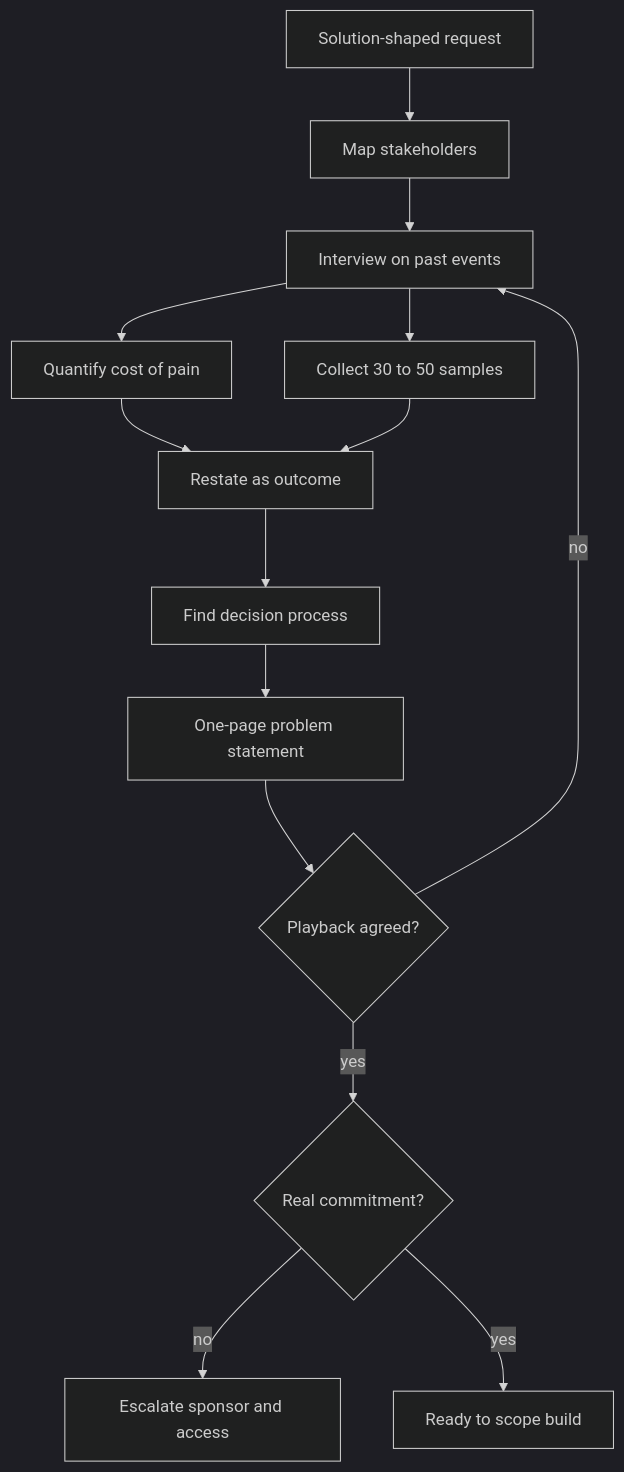
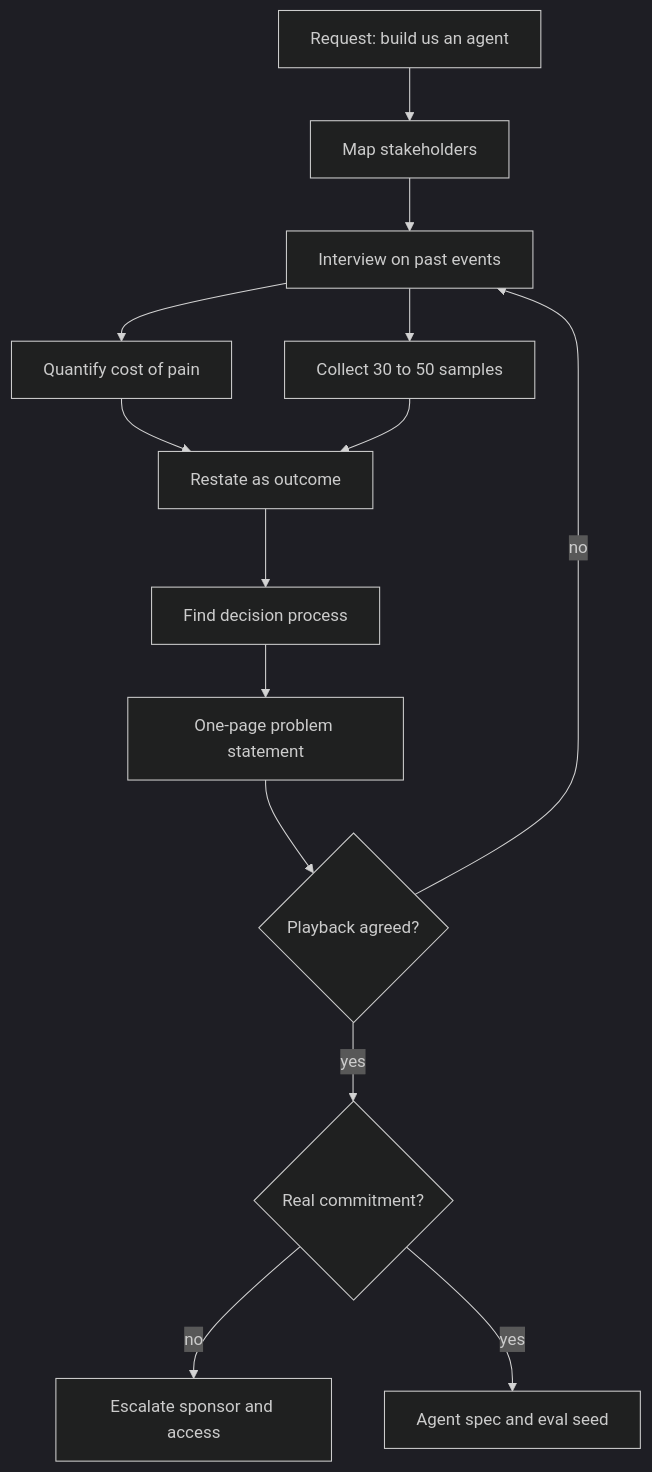
The diagram in content/scoping/customer-discovery.md (lovishmahajan97/agentic-learning), drawn with Mermaid (dark theme) before and after one commit. The commit also changed other lines of this file and 485 other files, not shown here.

````diff
--- a/content/scoping/customer-discovery.md
+++ b/content/scoping/customer-discovery.md
@@ -134,16 +152,16 @@
 ```mermaid
 flowchart TD
-    R["Solution-shaped request"] --> M["Map stakeholders"]
+    R["Request: build us an agent"] --> M["Map stakeholders"]
     M --> I["Interview on past events"]
     I --> Q["Quantify cost of pain"]
     I --> S["Collect 30 to 50 samples"]
     Q --> P["Restate as outcome"]
     S --> P
     P --> D["Find decision process"]
     D --> W["One-page problem statement"]
     W --> B{"Playback agreed?"}
     B -->|"no"| I
     B -->|"yes"| C{"Real commitment?"}
     C -->|"no"| E["Escalate sponsor and access"]
-    C -->|"yes"| G["Ready to scope build"]
+    C -->|"yes"| G["Agent spec and eval seed"]
 ```
````
